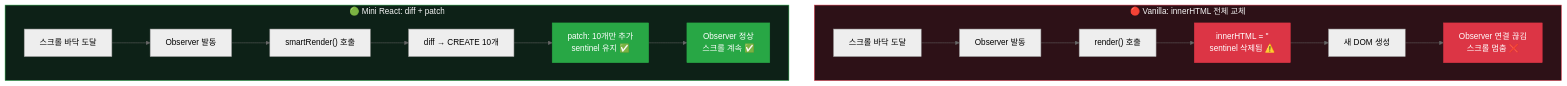
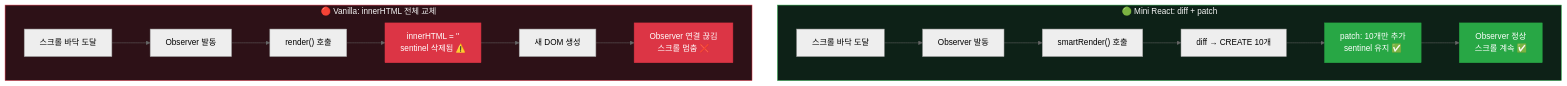
The fifth of 5 diagrams in README.md (JYPark-Code/jungle_w4_react_vdom_diff), drawn with Mermaid (neutral theme) before and after one commit. The commit also changed other lines of this file, not shown here.

Commit message:
docs(readme): 인피니트 스크롤 다이어그램 초록(위) → 빨강(아래) 세로 배치

````diff
--- a/README.md
+++ b/README.md
@@ -191,25 +191,25 @@
 ```mermaid
 graph TD
+    subgraph VDOM["🟢 Mini React: diff + patch"]
+        M1["스크롤 바닥 도달"] --> M2["Observer 발동"]
+        M2 --> M3["smartRender() 호출"]
+        M3 --> M4["diff → CREATE 10개"]
+        M4 --> M5["patch: 10개만 추가<br/>sentinel 유지 ✅"]
+        M5 --> M6["Observer 정상<br/>스크롤 계속 ✅"]
+    end
+
     subgraph VANILLA["🔴 Vanilla: innerHTML 전체 교체"]
         V1["스크롤 바닥 도달"] --> V2["Observer 발동"]
         V2 --> V3["render() 호출"]
         V3 --> V4["innerHTML = ''<br/>sentinel 삭제됨 ⚠️"]
         V4 --> V5["새 DOM 생성"]
         V5 --> V6["Observer 연결 끊김<br/>스크롤 멈춤 ❌"]
-    end
-
-    subgraph VDOM["🟢 Mini React: diff + patch"]
-        M1["스크롤 바닥 도달"] --> M2["Observer 발동"]
-        M2 --> M3["smartRender() 호출"]
-        M3 --> M4["diff → CREATE 10개"]
-        M4 --> M5["patch: 10개만 추가<br/>sentinel 유지 ✅"]
-        M5 --> M6["Observer 정상<br/>스크롤 계속 ✅"]
     end
 
     style VANILLA fill:#2d1117,stroke:#dc3545,color:#f5f5f5
     style VDOM fill:#0d2117,stroke:#28a745,color:#f5f5f5
     style V4 fill:#dc3545,stroke:#dc3545,color:#fff
     style V6 fill:#dc3545,stroke:#dc3545,color:#fff
     style M5 fill:#28a745,stroke:#28a745,color:#fff
     style M6 fill:#28a745,stroke:#28a745,color:#fff
 ```
````
